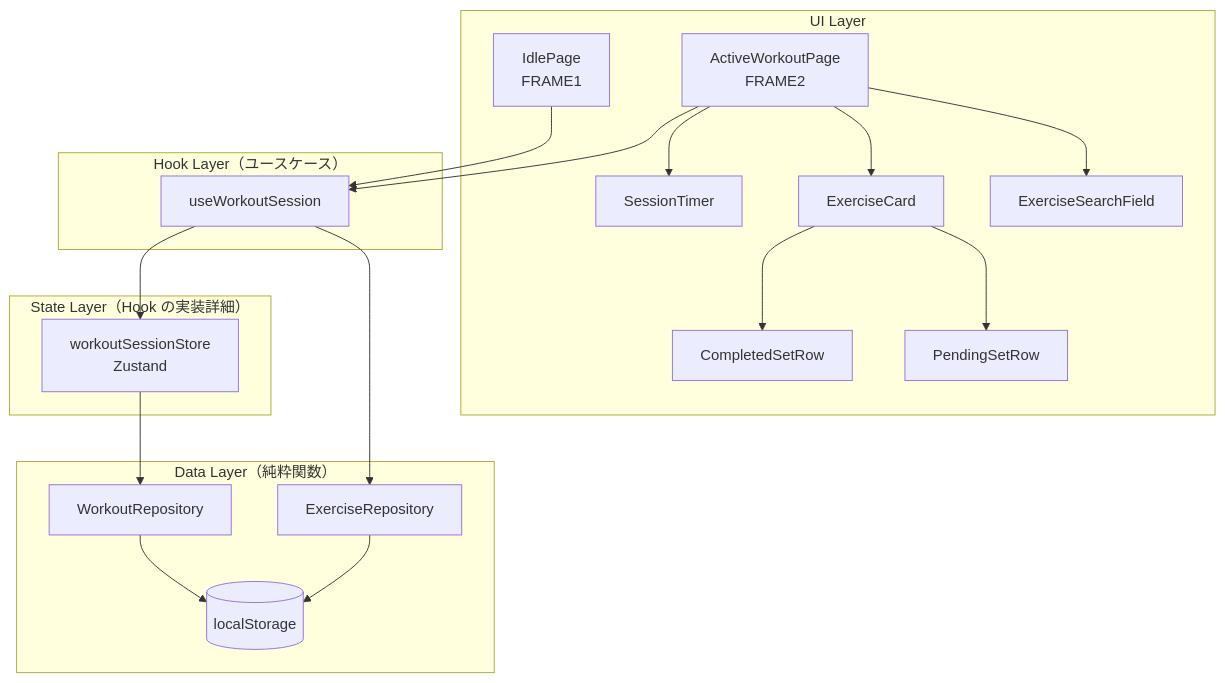
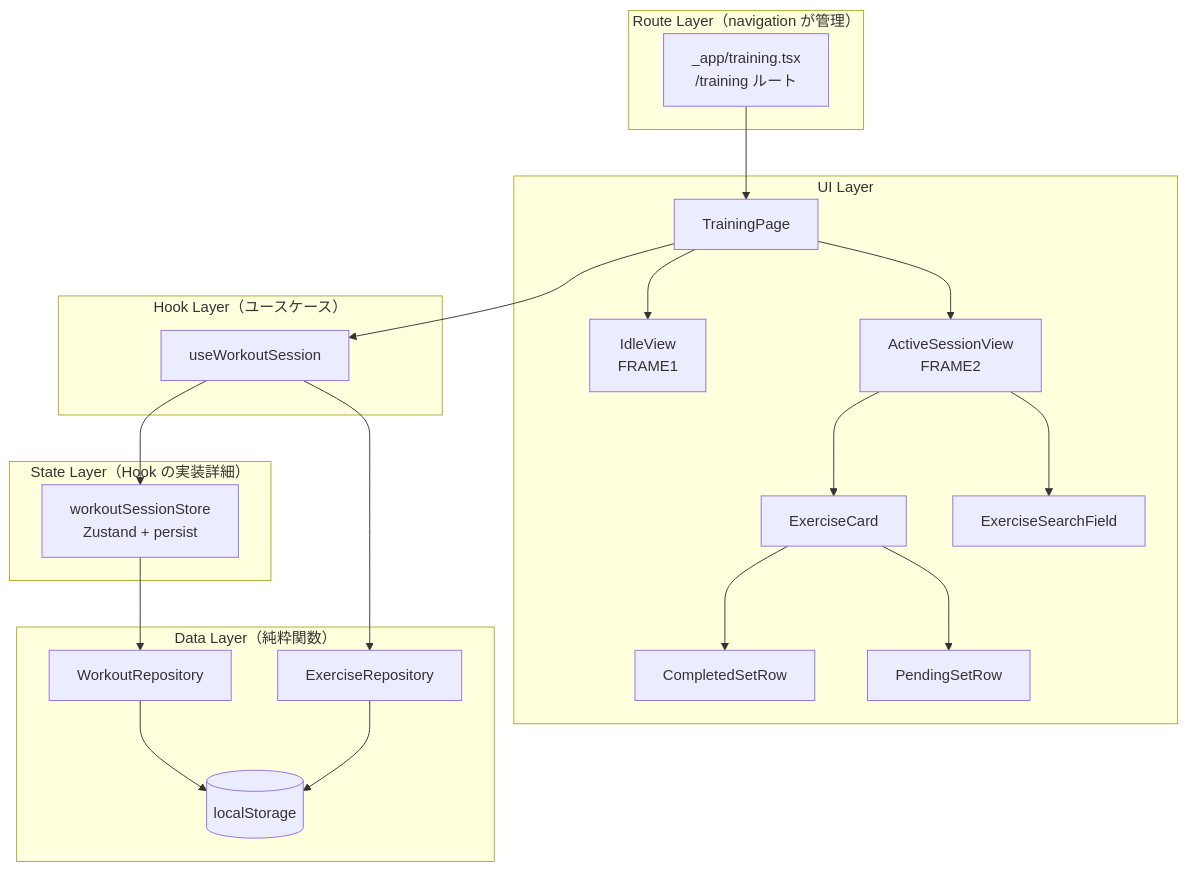
One commit to SakumaTakuya/gymini changed the diagram in .sdd/specification/workout/index_design.md. Above: the diagram before and after it, drawn with Mermaid. The commit also changed other lines of this file and 3 other files, not shown here.

````diff
--- a/.sdd/specification/workout/index_design.md
+++ b/.sdd/specification/workout/index_design.md
@@ -98,39 +99,44 @@
 ```mermaid
 graph TD
+    subgraph "Route Layer（navigation が管理）"
+        TR["_app/training.tsx<br/>/training ルート"]
+    end
+
     subgraph "UI Layer"
-        IP[IdlePage<br/>FRAME1]
-        AWP[ActiveWorkoutPage<br/>FRAME2]
+        TP[TrainingPage]
+        IV[IdleView<br/>FRAME1]
+        AWV[ActiveSessionView<br/>FRAME2]
         EC[ExerciseCard]
         CSR[CompletedSetRow]
         PSR[PendingSetRow]
-        ST[SessionTimer]
         ESF[ExerciseSearchField]
     end
 
     subgraph "Hook Layer（ユースケース）"
         HWS[useWorkoutSession]
     end
 
     subgraph "State Layer（Hook の実装詳細）"
-        WSS[workoutSessionStore<br/>Zustand]
+        WSS[workoutSessionStore<br/>Zustand + persist]
     end
 
     subgraph "Data Layer（純粋関数）"
         WR[WorkoutRepository]
         ER[ExerciseRepository]
         LS[(localStorage)]
     end
 
-    IP --> HWS
-    AWP --> HWS
-    AWP --> ST
-    AWP --> EC
-    AWP --> ESF
+    TR --> TP
+    TP --> IV
+    TP --> AWV
+    TP --> HWS
+    AWV --> EC
+    AWV --> ESF
     EC --> CSR
     EC --> PSR
     HWS --> WSS
     HWS --> ER
     WSS --> WR
     WR --> LS
     ER --> LS
 ```
````
